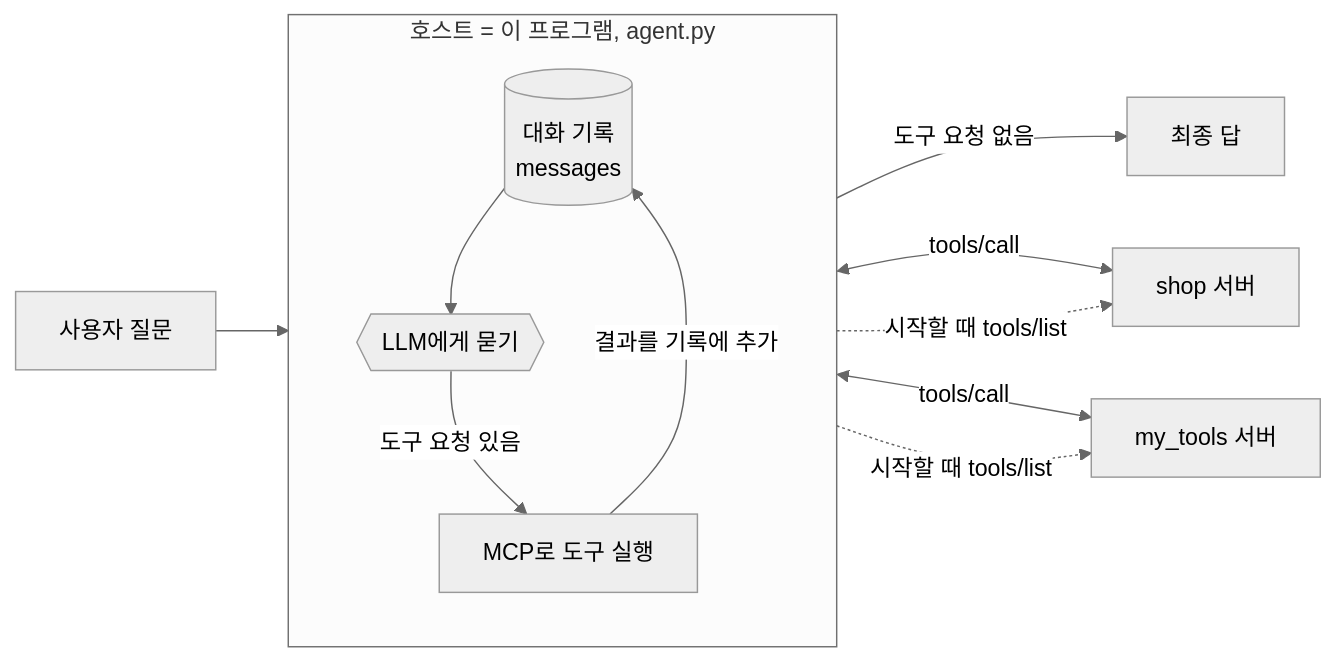
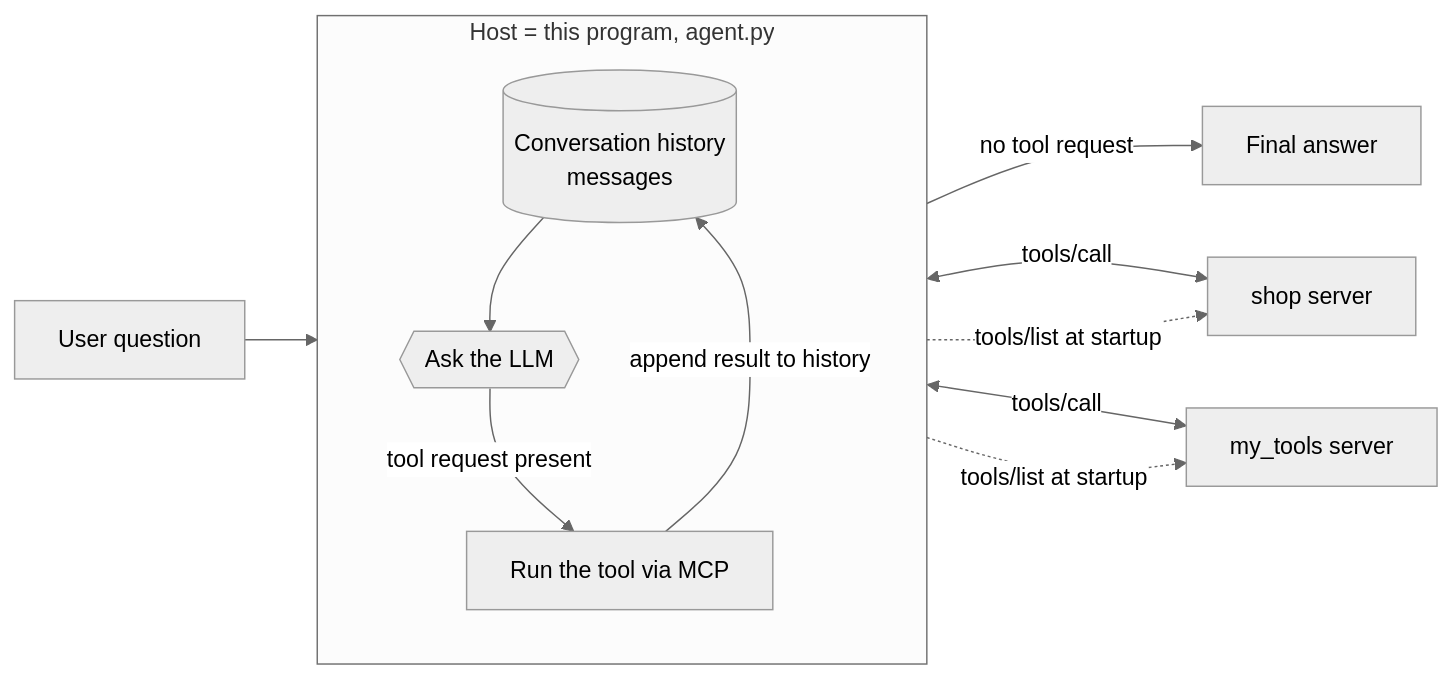
One commit to LeeGyeongPil/ai-lab-agent-loop-mcp changed the diagram in README.md. Above: the diagram before and after it, drawn with Mermaid (neutral theme). The commit also changed other lines of this file and 2 other files, not shown here.

````diff
--- a/README.md
+++ b/README.md
@@ -156,19 +158,19 @@
 ```mermaid
 flowchart LR
-    U[사용자 질문] --> H
+    U["User question"] --> H
 
-    subgraph H[호스트 = 이 프로그램, agent.py]
+    subgraph H["Host = this program, agent.py"]
         direction TB
-        M[(대화 기록<br/>messages)]
-        L{{LLM에게 묻기}}
+        M[("Conversation history<br/>messages")]
+        L{{"Ask the LLM"}}
         M --> L
-        L -- 도구 요청 있음 --> A[MCP로 도구 실행]
-        A -- 결과를 기록에 추가 --> M
+        L -- "tool request present" --> A["Run the tool via MCP"]
+        A -- "append result to history" --> M
     end
 
-    L -- 도구 요청 없음 --> F[최종 답]
-    A <-- tools/call --> S1[shop 서버]
-    A <-- tools/call --> S2[my_tools 서버]
-    H -. 시작할 때 tools/list .-> S1
-    H -. 시작할 때 tools/list .-> S2
+    L -- "no tool request" --> F["Final answer"]
+    A <-- tools/call --> S1["shop server"]
+    A <-- tools/call --> S2["my_tools server"]
+    H -. "tools/list at startup" .-> S1
+    H -. "tools/list at startup" .-> S2
 ```
````
